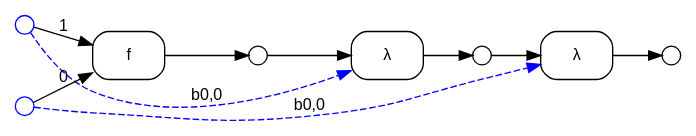
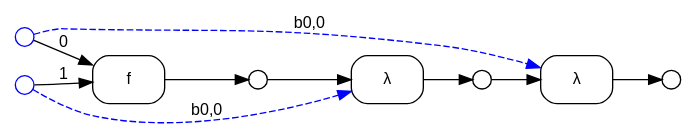
Before and after one commit to ammatsui/bhypvis: the diagram in example_curried.dot, drawn with Graphviz. The commit also changed other lines of this file and 759 other files, not shown here.

```diff
--- a/example_curried.dot
+++ b/example_curried.dot
@@ -1,32 +1,32 @@
 digraph G {
   fontname="Helvetica"
   fontsize=12
   rankdir=LR;
   node [fontname="Helvetica", fontsize=12];
   edge [fontname="Helvetica", fontsize=12];
 
   // Nodes
+  n0 [label="", shape=circle, style=filled, fillcolor=white, color="blue", width=0.2, height=0.2, fixedsize=true];
   n1 [label="", shape=circle, style=filled, fillcolor=white, color="blue", width=0.2, height=0.2, fixedsize=true];
+  n4 [label="", shape=circle, style=filled, fillcolor=white, color="black", width=0.2, height=0.2, fixedsize=true];
+  n2 [label="", shape=circle, style=filled, fillcolor=white, color="black", width=0.2, height=0.2, fixedsize=true];
   n3 [label="", shape=circle, style=filled, fillcolor=white, color="black", width=0.2, height=0.2, fixedsize=true];
-  n4 [label="", shape=circle, style=filled, fillcolor=white, color="black", width=0.2, height=0.2, fixedsize=true];
-  n0 [label="", shape=circle, style=filled, fillcolor=white, color="blue", width=0.2, height=0.2, fixedsize=true];
-  n2 [label="", shape=circle, style=filled, fillcolor=white, color="black", width=0.2, height=0.2, fixedsize=true];
 
   // Hyperedges
+  e2 [label="λ", shape=box, style=rounded, color="black"];
   e0 [label="f", shape=box, style=rounded, color="black"];
   e1 [label="λ", shape=box, style=rounded, color="black"];
-  e2 [label="λ", shape=box, style=rounded, color="black"];
 
   // Source connections
+  n3 -> e2 [label=""];
+  n0 -> e2 [style=dashed, color="blue", constraint=false, label="b0,0"];
   n0 -> e0 [label="0"];
   n1 -> e0 [label="1"];
   n2 -> e1 [label=""];
   n1 -> e1 [style=dashed, color="blue", constraint=false, label="b0,0"];
-  n3 -> e2 [label=""];
-  n0 -> e2 [style=dashed, color="blue", constraint=false, label="b0,0"];
 
   // Target connections
+  e2 -> n4 [label=""];
   e0 -> n2 [label=""];
   e1 -> n3 [label=""];
-  e2 -> n4 [label=""];
 }
```
